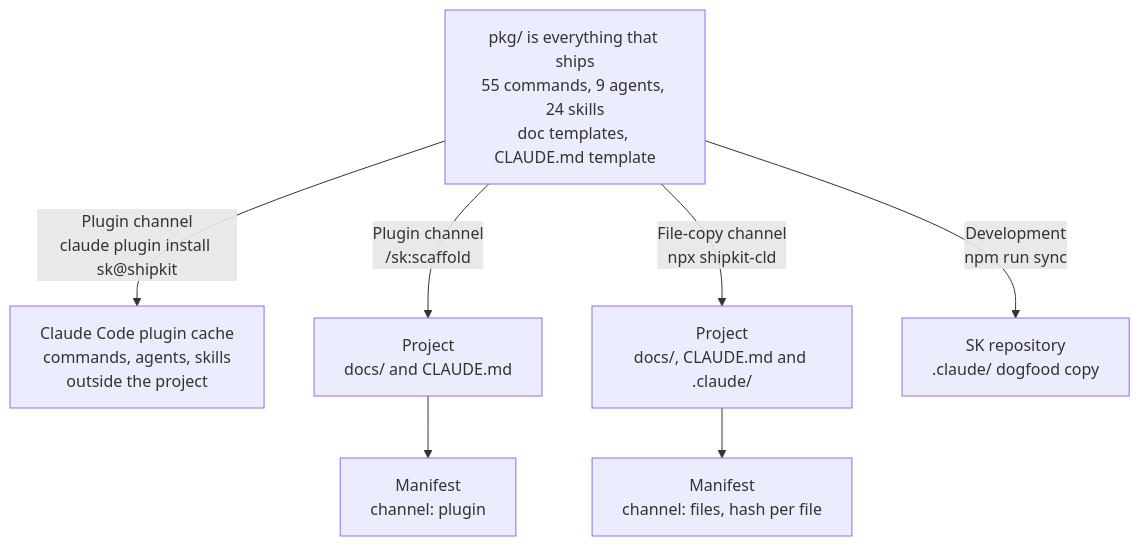
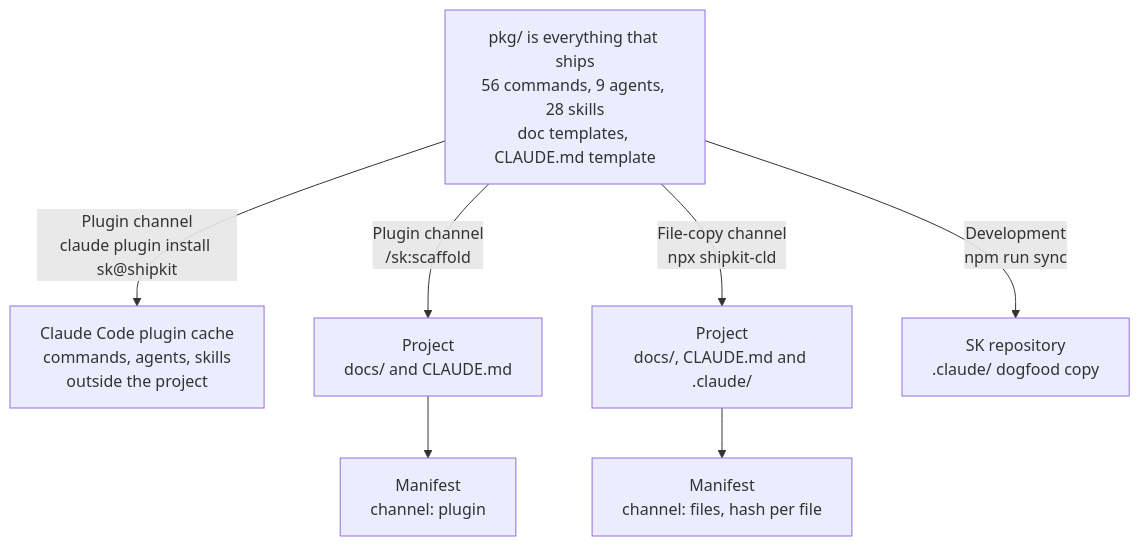
One commit to moniav/sk changed the diagram in docs/architecture/README.md. Above: the diagram before and after it, drawn with Mermaid. The commit also changed other lines of this file and 12 other files, not shown here.

First line of the commit message:
docs: README, flows and SK's own docs describe the idea-to-epics flow

````diff
--- a/docs/architecture/README.md
+++ b/docs/architecture/README.md
@@ -15,12 +15,12 @@
 ```mermaid
 graph TD
-    PKG["pkg/ is everything that ships<br/>55 commands, 9 agents, 24 skills<br/>doc templates, CLAUDE.md template"]
+    PKG["pkg/ is everything that ships<br/>56 commands, 9 agents, 28 skills<br/>doc templates, CLAUDE.md template"]
 
     PKG -->|"Plugin channel<br/>claude plugin install sk@shipkit"| CACHE["Claude Code plugin cache<br/>commands, agents, skills<br/>outside the project"]
     PKG -->|"Plugin channel<br/>/sk:scaffold"| PDOCS["Project<br/>docs/ and CLAUDE.md"]
     PKG -->|"File-copy channel<br/>npx shipkit-cld"| PALL["Project<br/>docs/, CLAUDE.md and .claude/"]
     PKG -->|"Development<br/>npm run sync"| DOG["SK repository<br/>.claude/ dogfood copy"]
 
     PDOCS --> MAN1["Manifest<br/>channel: plugin"]
     PALL --> MAN2["Manifest<br/>channel: files, hash per file"]
 ```
````
